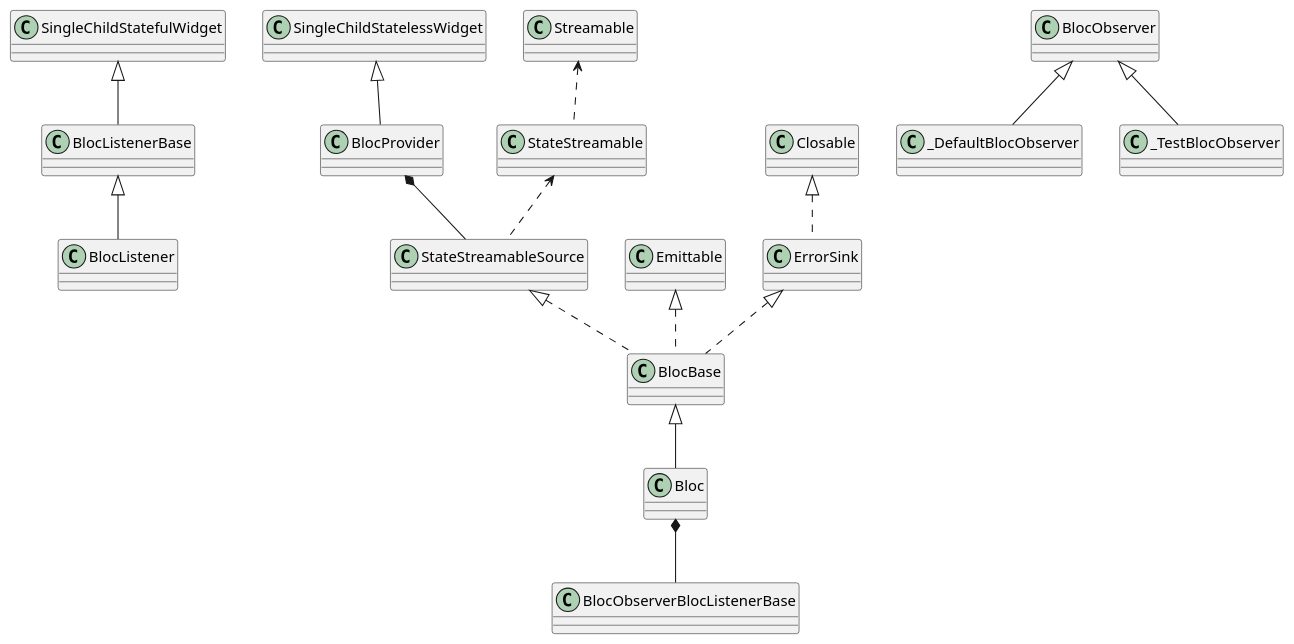
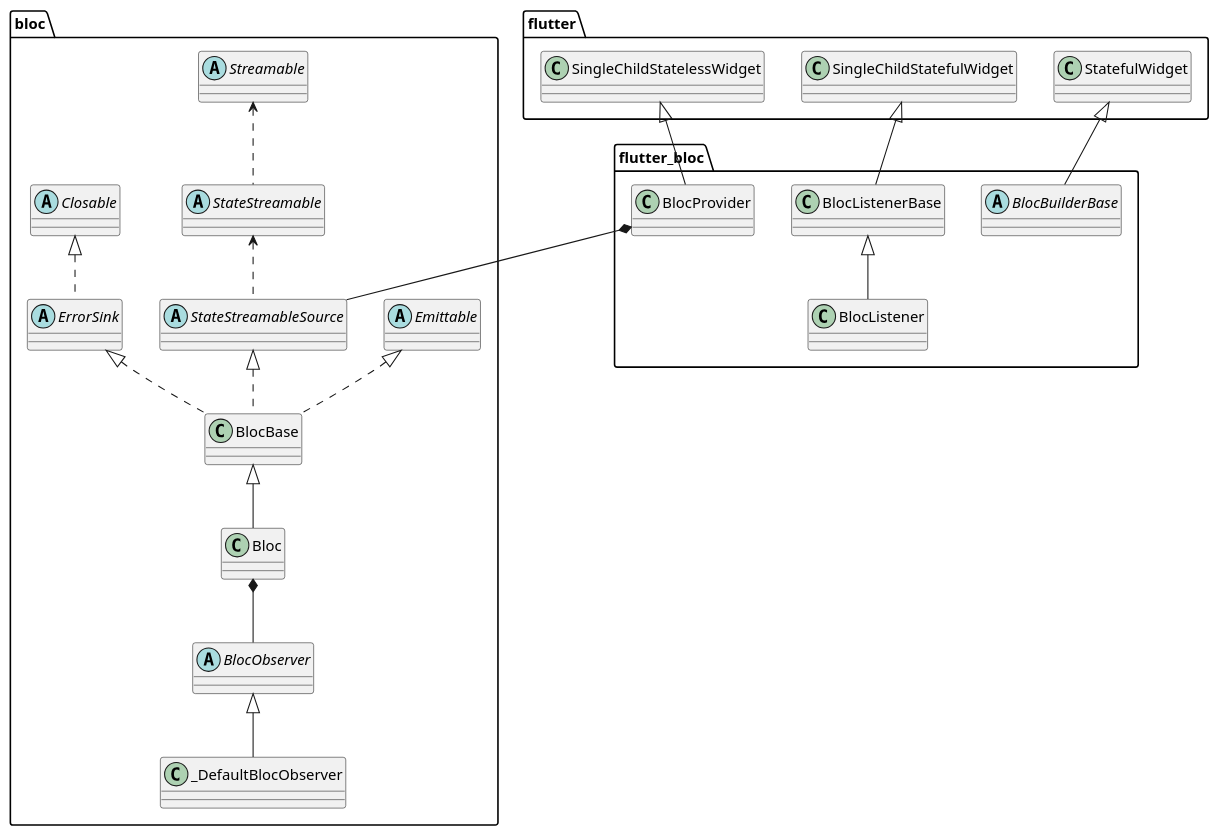
Before and after one commit to duweiwang/duweiwang.github.io: the diagram in uml/flutter-bloc.puml, drawn with PlantUML.

Commit message:
完善逻辑

```diff
--- a/uml/flutter-bloc.puml
+++ b/uml/flutter-bloc.puml
@@ -1,31 +1,56 @@
 @startuml
 'https://plantuml.com/class-diagram
 
+package bloc{
+    class BlocBase
+    class Bloc
 
-class SingleChildStatefulWidget
-class SingleChildStatelessWidget
+    abstract class Emittable
+    abstract class Closable
+    abstract class ErrorSink
+    abstract class StateStreamableSource
 
-SingleChildStatefulWidget <|-- BlocListenerBase
-
-BlocListenerBase <|-- BlocListener
+    abstract class Streamable
+    abstract class StateStreamable
+    abstract class BlocObserver
+    class _DefaultBlocObserver
+}
 
 BlocBase <|-- Bloc
 StateStreamableSource <|.. BlocBase
 Emittable <|.. BlocBase
 ErrorSink <|.. BlocBase
 Closable <|.. ErrorSink
 
+Streamable <.. StateStreamable
 StateStreamable <.. StateStreamableSource
-Streamable <.. StateStreamable
 
+BlocObserver <|-- _DefaultBlocObserver
+
+package flutter_bloc {
+
+    abstract class BlocBuilderBase
+    class BlocListenerBase
+    class BlocListener
+    class BlocProvider
+}
+
+package flutter {
+    class SingleChildStatefulWidget
+    class SingleChildStatelessWidget
+    class StatefulWidget
+}
+
+SingleChildStatefulWidget <|-- BlocListenerBase
 SingleChildStatelessWidget <|-- BlocProvider
+StatefulWidget <|-- BlocBuilderBase
+
+BlocListenerBase <|-- BlocListener
+
 
 BlocProvider *-- StateStreamableSource
 
-BlocObserver <|-- _DefaultBlocObserver
-BlocObserver <|-- _TestBlocObserver
 
-Bloc *-- BlocObserverBlocListenerBase
-
+Bloc *-- BlocObserver
 
 @enduml
```
